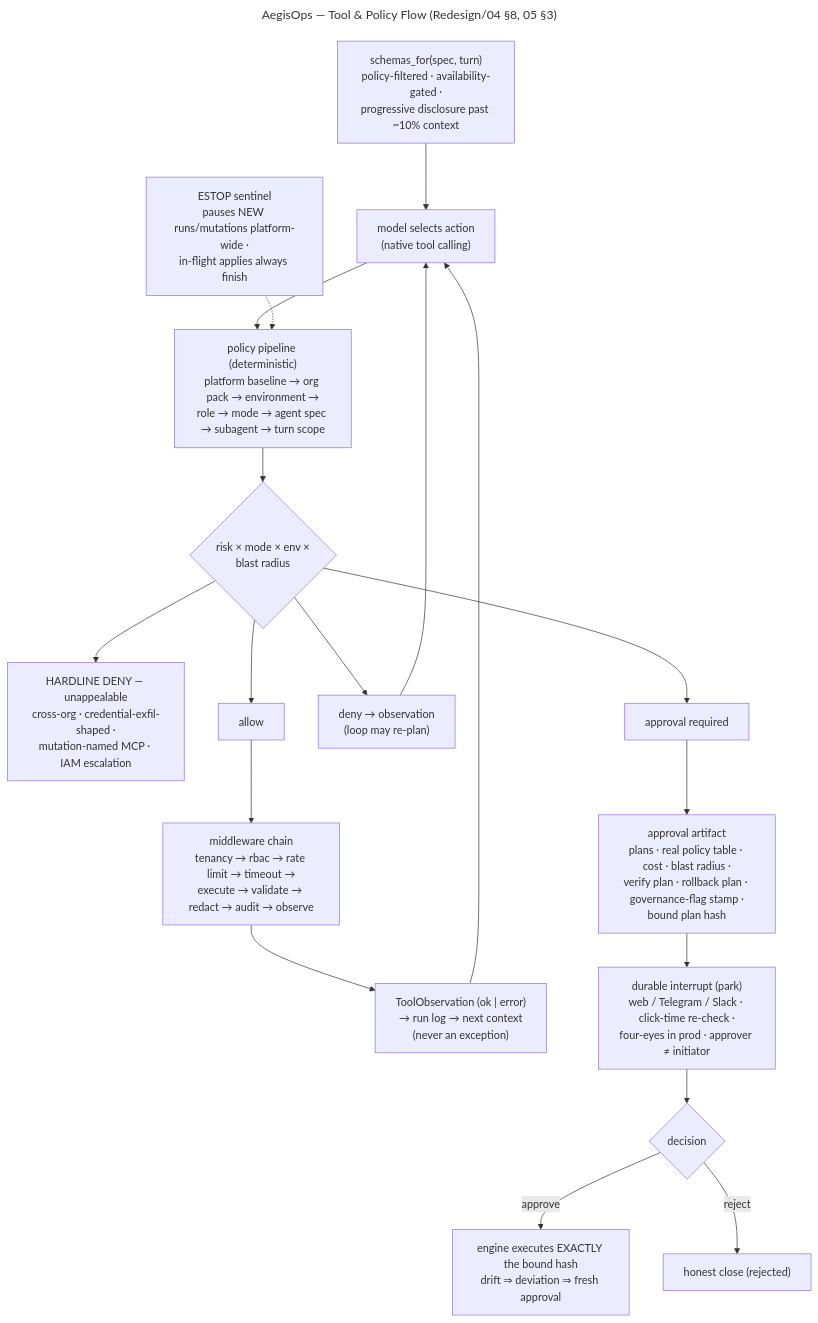
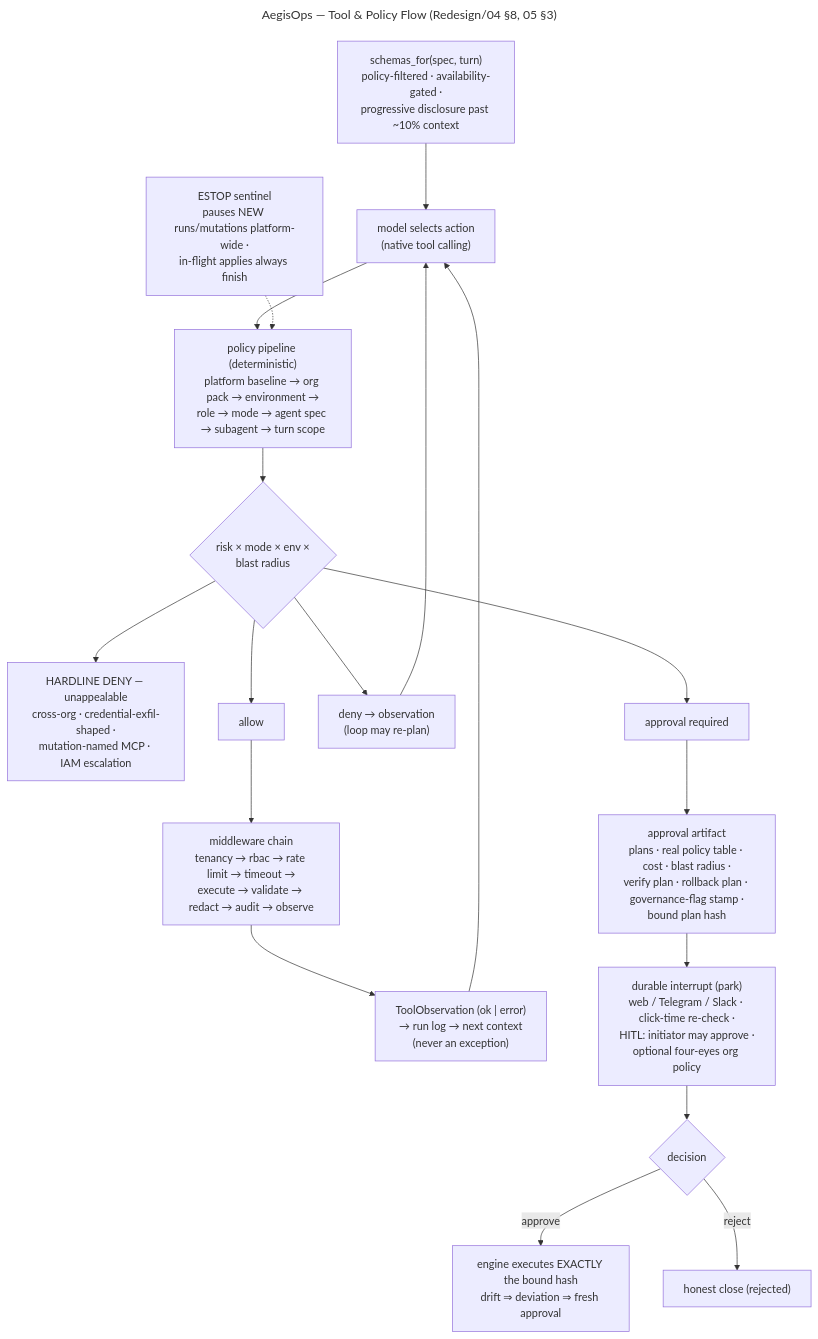
One commit to Saikumar22042002/AegisOps_AIOPS changed the diagram in Redesign/diagrams/src/tool-policy-flow.mmd. Above: the diagram before and after it, drawn with Mermaid. The commit also changed 18 other files, not shown here.

```diff
--- a/Redesign/diagrams/src/tool-policy-flow.mmd
+++ b/Redesign/diagrams/src/tool-policy-flow.mmd
@@ -1,29 +1,29 @@
 ---
 title: "AegisOps — Tool & Policy Flow (Redesign/04 §8, 05 §3)"
 ---
 flowchart TB
     SCH["schemas_for(spec, turn)<br/>policy-filtered · availability-gated ·<br/>progressive disclosure past ~10% context"]
     MODEL["model selects action<br/>(native tool calling)"]
     PIPE["policy pipeline (deterministic)<br/>platform baseline → org pack → environment →<br/>role → mode → agent spec → subagent → turn scope"]
     RISK{"risk × mode × env ×<br/>blast radius"}
     HARD["HARDLINE DENY — unappealable<br/>cross-org · credential-exfil-shaped ·<br/>mutation-named MCP · IAM escalation"]
     ALLOW["allow"]
     DENY["deny → observation<br/>(loop may re-plan)"]
     APPR["approval required"]
     MW["middleware chain<br/>tenancy → rbac → rate limit → timeout →<br/>execute → validate → redact → audit → observe"]
     OBS["ToolObservation (ok | error)<br/>→ run log → next context<br/>(never an exception)"]
     ART["approval artifact<br/>plans · real policy table · cost · blast radius ·<br/>verify plan · rollback plan · governance-flag stamp ·<br/>bound plan hash"]
-    INT["durable interrupt (park)<br/>web / Telegram / Slack · click-time re-check ·<br/>four-eyes in prod · approver ≠ initiator"]
+    INT["durable interrupt (park)<br/>web / Telegram / Slack · click-time re-check ·<br/>HITL: initiator may approve ·<br/>optional four-eyes org policy"]
     DEC{"decision"}
     EXECG["engine executes EXACTLY the bound hash<br/>drift ⇒ deviation ⇒ fresh approval"]
     REJ["honest close (rejected)"]
     ESTOP["ESTOP sentinel<br/>pauses NEW runs/mutations platform-wide ·<br/>in-flight applies always finish"]
 
     SCH --> MODEL --> PIPE --> RISK
     RISK --> HARD
     RISK --> ALLOW --> MW --> OBS --> MODEL
     RISK --> DENY --> MODEL
     RISK --> APPR --> ART --> INT --> DEC
     DEC -- "approve" --> EXECG
     DEC -- "reject" --> REJ
     ESTOP -.-> PIPE
```
